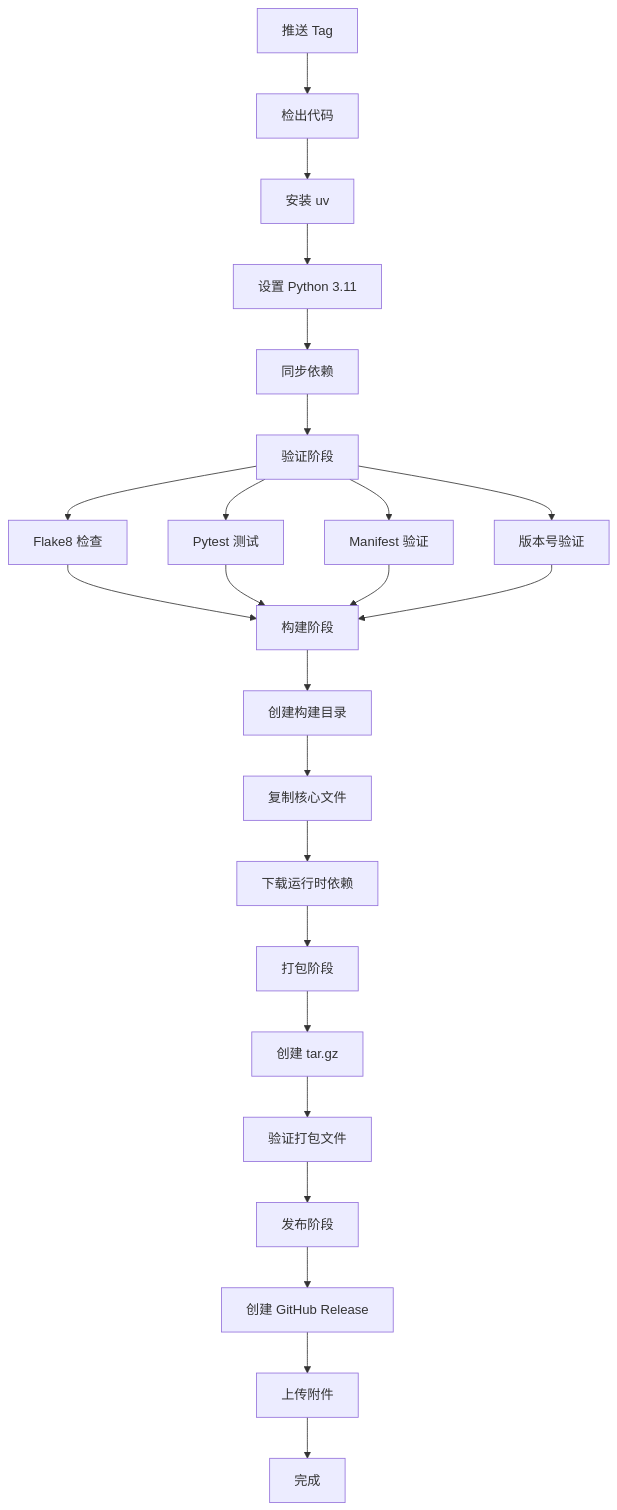
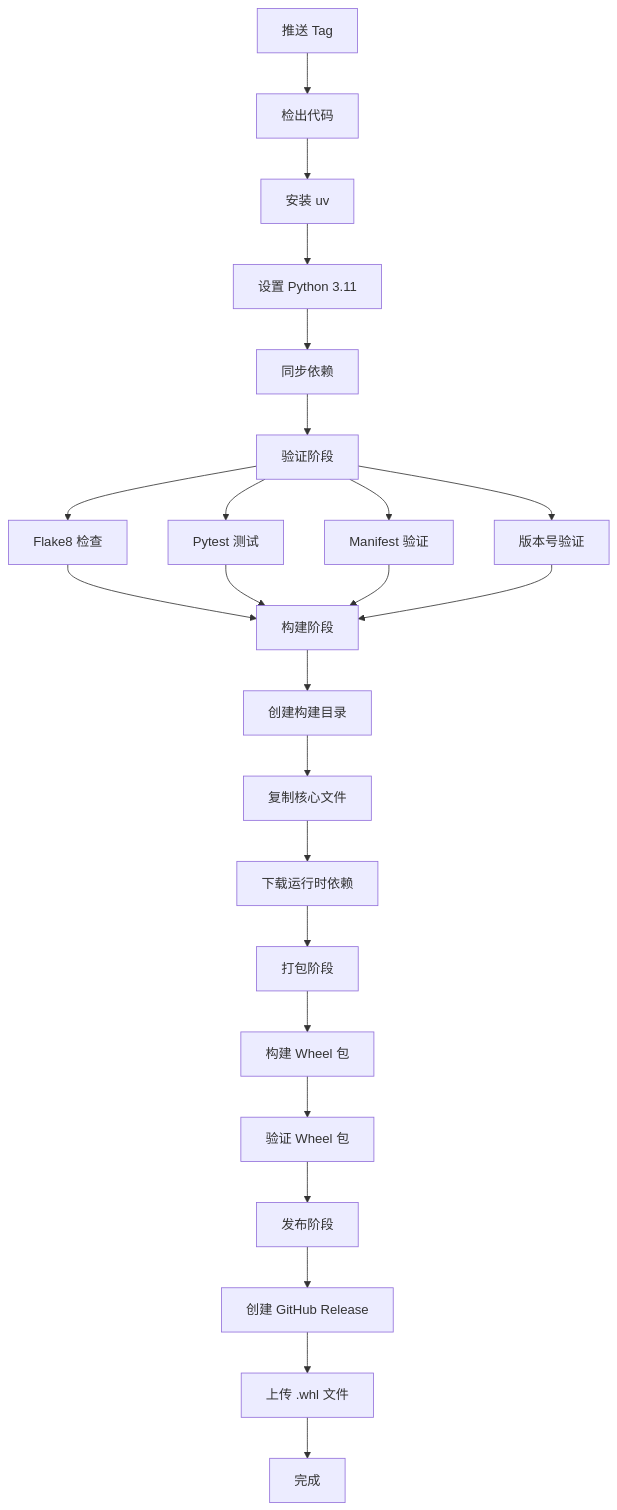
Before and after one commit to The-Agent-Builder/Prefab-Template: the diagram in ARCHITECTURE.md, drawn with Mermaid. The commit also changed other lines of this file and 9 other files, not shown here.

````diff
--- a/ARCHITECTURE.md
+++ b/ARCHITECTURE.md
@@ -155,31 +155,31 @@
 ```mermaid
 graph TD
     A[推送 Tag] --> B[检出代码]
     B --> C[安装 uv]
     C --> D[设置 Python 3.11]
     D --> E[同步依赖]
     
     E --> F[验证阶段]
     F --> F1[Flake8 检查]
     F --> F2[Pytest 测试]
     F --> F3[Manifest 验证]
     F --> F4[版本号验证]
     
     F1 --> G[构建阶段]
     F2 --> G
     F3 --> G
     F4 --> G
     
     G --> G1[创建构建目录]
     G1 --> G2[复制核心文件]
     G2 --> G3[下载运行时依赖]
     
     G3 --> H[打包阶段]
-    H --> H1[创建 tar.gz]
-    H1 --> H2[验证打包文件]
+    H --> H1[构建 Wheel 包]
+    H1 --> H2[验证 Wheel 包]
     
     H2 --> I[发布阶段]
     I --> I1[创建 GitHub Release]
-    I1 --> I2[上传附件]
+    I1 --> I2[上传 .whl 文件]
     I2 --> J[完成]
 ```
````
